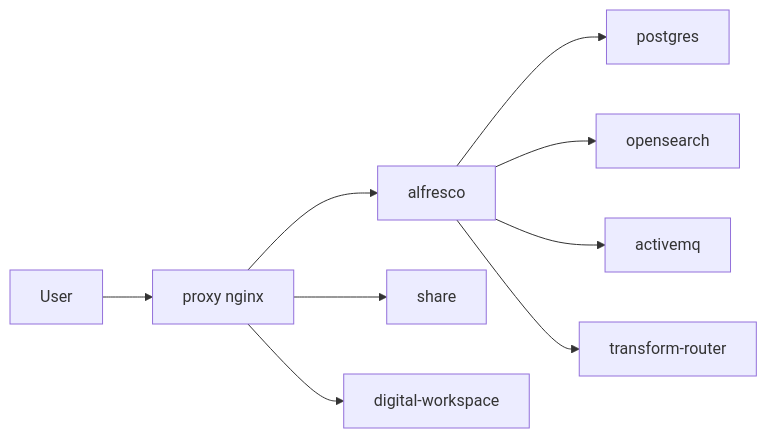
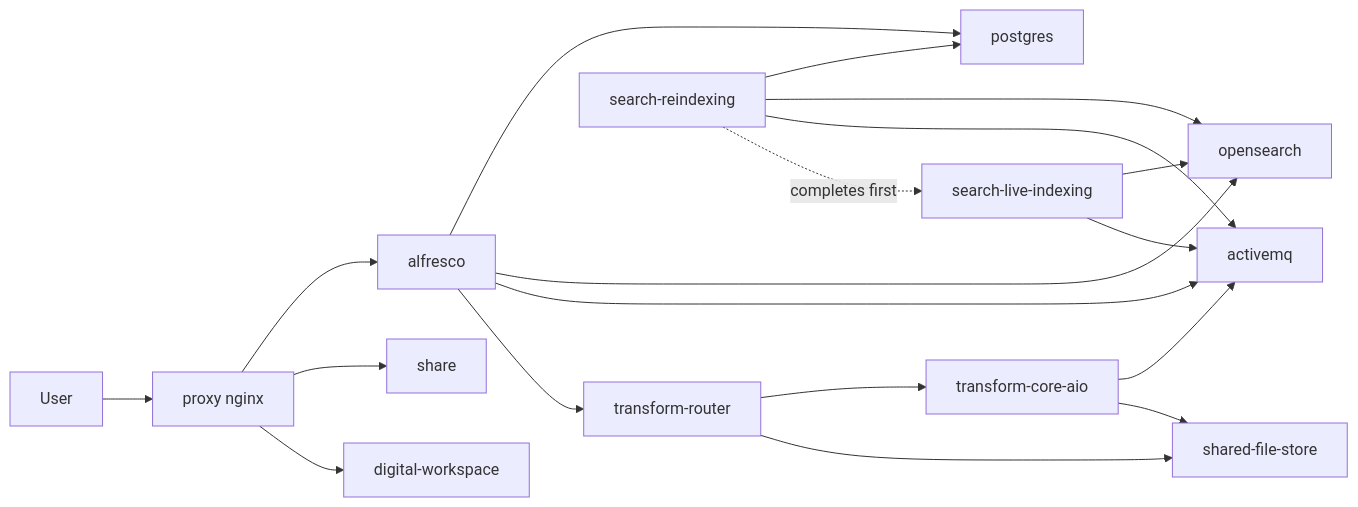
One commit to aborroy/alfresco-onprem-to-cloud-lab changed the seventh of 12 diagrams in README.md. Above: the diagram before and after it, drawn with Mermaid.

Commit message:
Fix diagram 7

````diff
--- a/README.md
+++ b/README.md
@@ -350,11 +350,21 @@
 ```mermaid
 flowchart LR
   user["User"] --> proxy["proxy nginx"]
   proxy --> repo["alfresco"]
   proxy --> share["share"]
   proxy --> adw["digital-workspace"]
   repo --> db["postgres"]
   repo --> os["opensearch"]
   repo --> mq["activemq"]
   repo --> tr["transform-router"]
+  tr --> aio["transform-core-aio"]
+  tr --> sfs["shared-file-store"]
+  aio --> mq
+  aio --> sfs
+  reidx["search-reindexing"] --> db
+  reidx --> os
+  reidx --> mq
+  live["search-live-indexing"] --> os
+  live --> mq
+  reidx -. "completes first" .-> live
 ```
````
